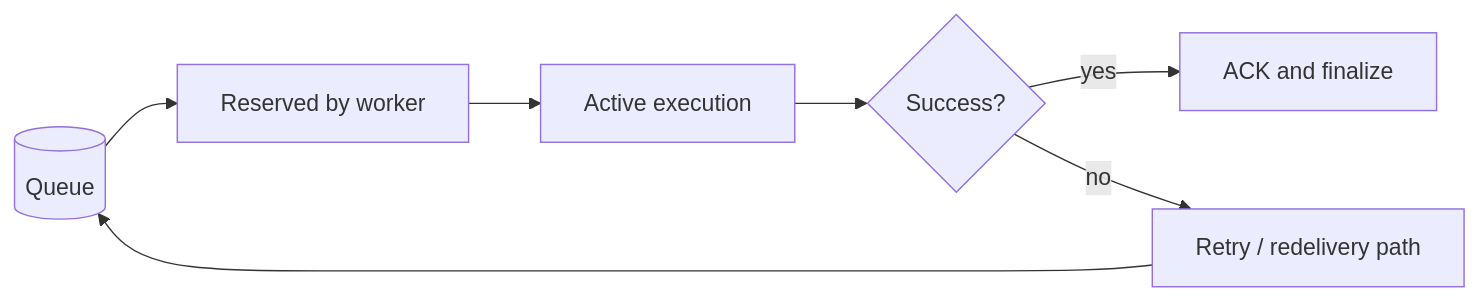
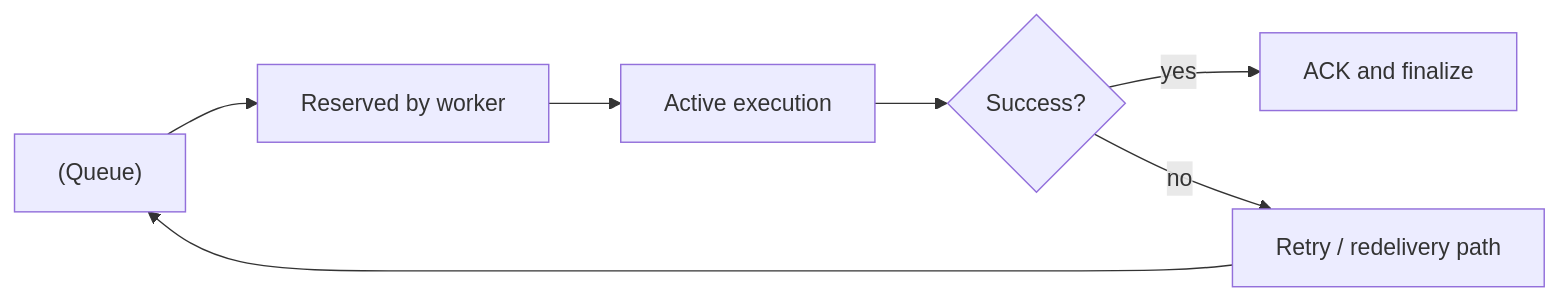
One commit to DDoSKudya/ai-study-atlas changed the diagram in directions/services/celery/pact/28_cli_i_operacionnyy_kontur/11_28_28_1_celery_worker.md. Above: the diagram before and after it, drawn with Mermaid. The commit also changed 322 other files, not shown here.

Commit message:
fix(docs): make mermaid diagrams GitHub-compatible across directions content

````diff
--- a/directions/services/celery/pact/28_cli_i_operacionnyy_kontur/11_28_28_1_celery_worker.md
+++ b/directions/services/celery/pact/28_cli_i_operacionnyy_kontur/11_28_28_1_celery_worker.md
@@ -208,9 +208,9 @@
 ```mermaid
 flowchart LR
-    Q[(Queue)] --> R[Reserved by worker]
-    R --> A[Active execution]
-    A --> S{Success?}
-    S -->|yes| ACK[ACK and finalize]
-    S -->|no| RETRY[Retry / redelivery path]
+    Q["(Queue)"] --> R["Reserved by worker"]
+    R --> A["Active execution"]
+    A --> S{"Success?"}
+    S -->|yes| ACK["ACK and finalize"]
+    S -->|no| RETRY["Retry / redelivery path"]
     RETRY --> Q
 ```
````
